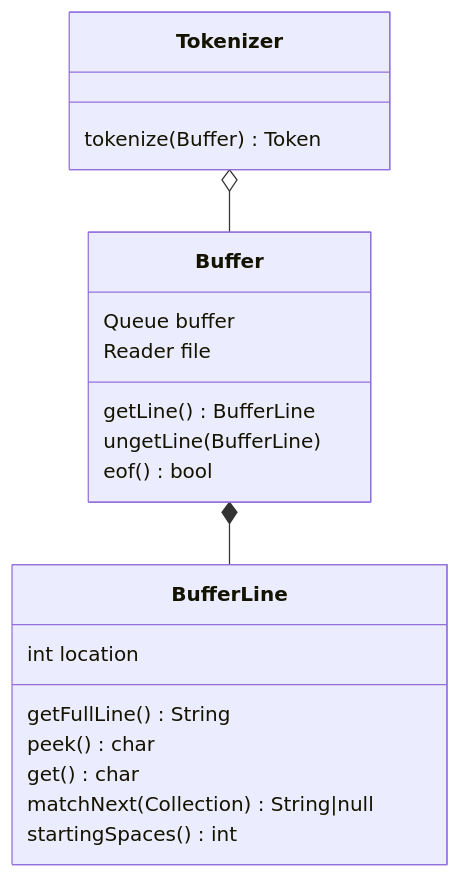
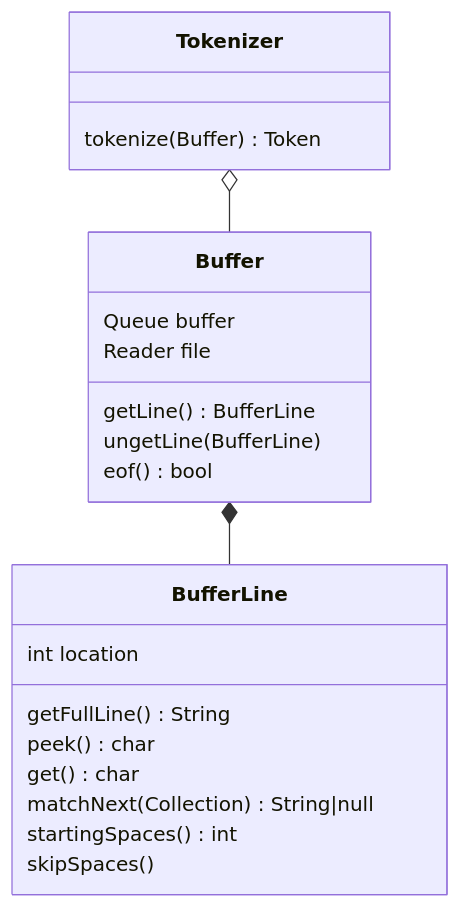
Before and after one commit to Jzhyang1/Monomer: the first of 8 diagrams in Implementation.md, drawn with Mermaid. The commit also changed other lines of this file, not shown here.

````diff
--- a/Implementation.md
+++ b/Implementation.md
@@ -58,20 +58,21 @@
 ```mermaid
 classDiagram
 Tokenizer o-- Buffer
 Buffer *-- BufferLine
 
 Tokenizer: tokenize(Buffer) Token
 
 Buffer: Queue buffer
 Buffer: Reader file
 Buffer: getLine() BufferLine
 Buffer: ungetLine(BufferLine)
 Buffer: eof() bool
 
 BufferLine: int location
 BufferLine: getFullLine() String
 BufferLine: peek() char
 BufferLine: get() char
 BufferLine: matchNext(Collection<String>) String|null
 BufferLine: startingSpaces() int
+BufferLine: skipSpaces()
 ```
````
